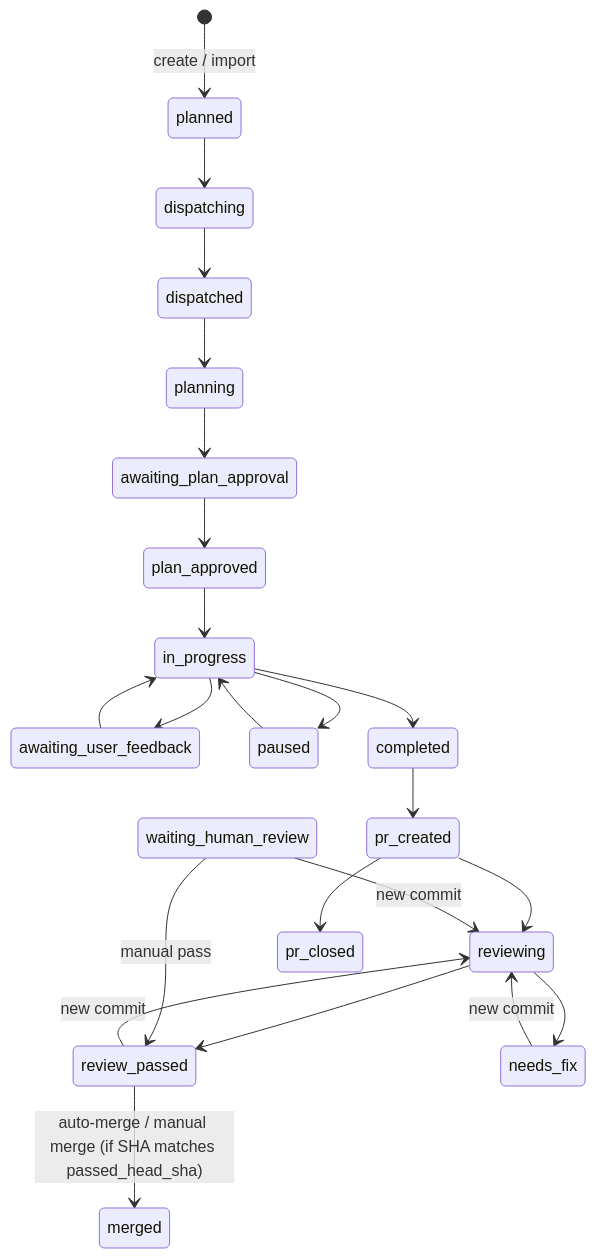
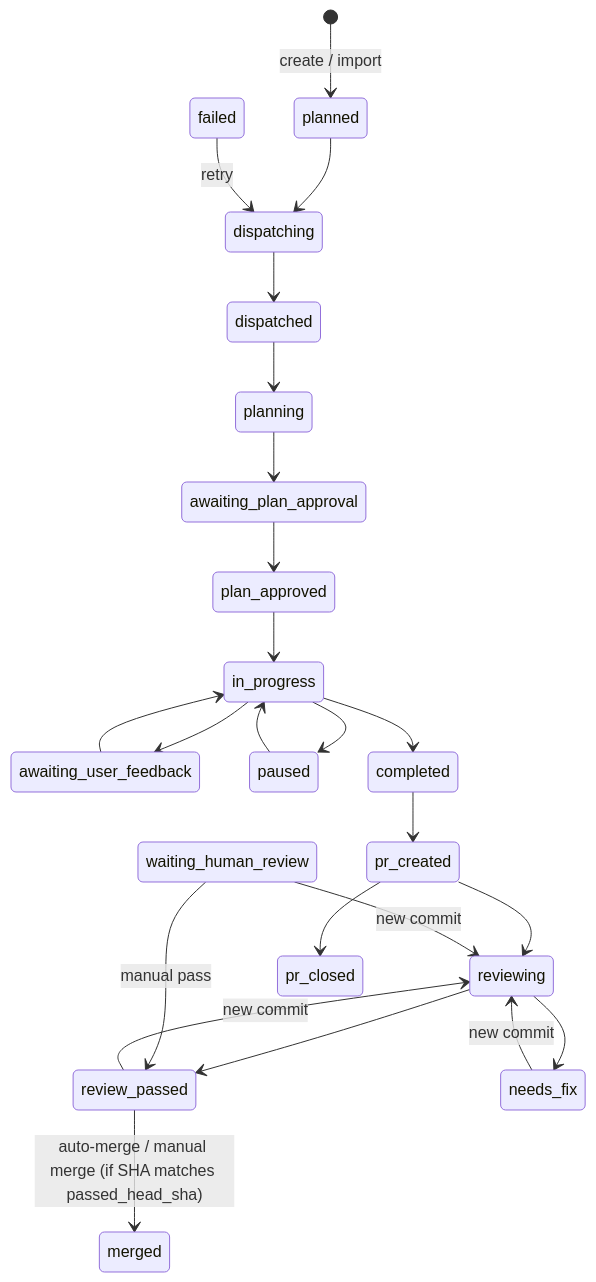
Before and after one commit to shipwebdotjp/jules-agent-orchestra: the second of 2 diagrams in README.md, drawn with Mermaid. The commit also changed other lines of this file and 8 other files, not shown here.

````diff
--- a/README.md
+++ b/README.md
@@ -120,25 +123,26 @@
 ```mermaid
 stateDiagram-v2
     [*] --> planned: create / import
     planned --> dispatching
     dispatching --> dispatched
     dispatched --> planning
     planning --> awaiting_plan_approval
     awaiting_plan_approval --> plan_approved
     plan_approved --> in_progress
     in_progress --> awaiting_user_feedback
     awaiting_user_feedback --> in_progress
     in_progress --> paused
     paused --> in_progress
     in_progress --> completed
     completed --> pr_created
     pr_created --> reviewing
     reviewing --> review_passed
     reviewing --> needs_fix
     needs_fix --> reviewing: new commit
     review_passed --> merged: auto-merge / manual merge (if SHA matches passed_head_sha)
     review_passed --> reviewing: new commit
     waiting_human_review --> review_passed: manual pass
     waiting_human_review --> reviewing: new commit
     pr_created --> pr_closed
+    failed --> dispatching: retry
 ```
````
